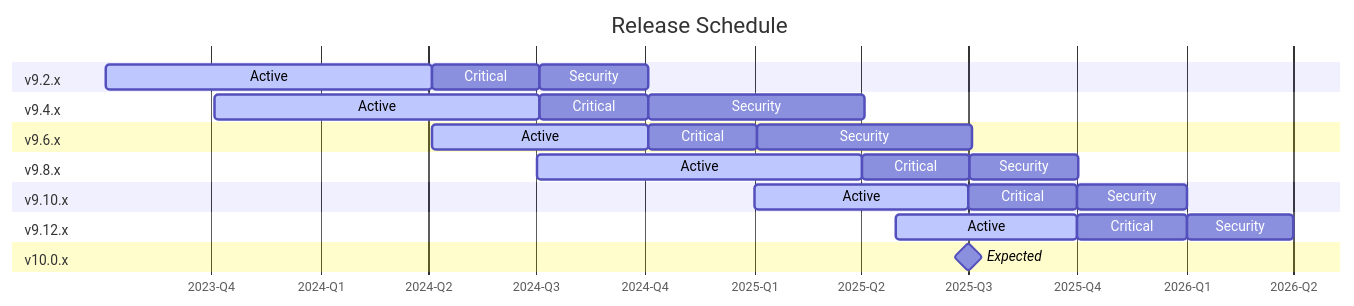
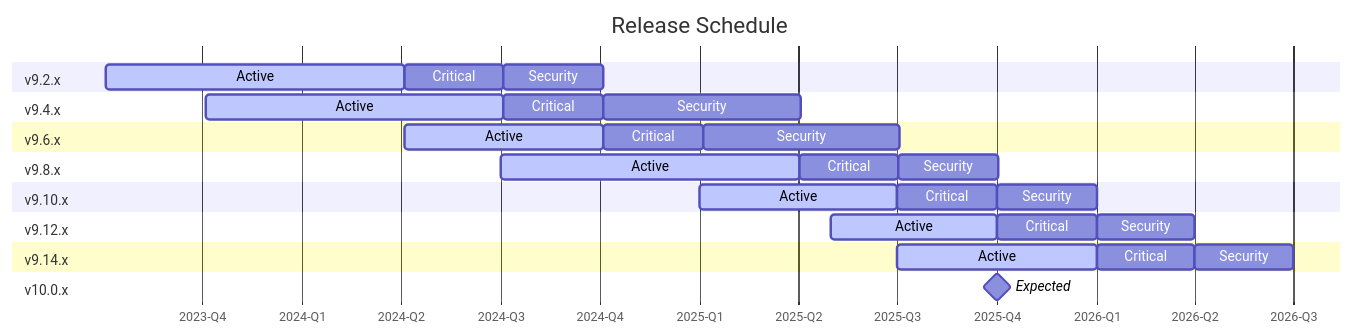
Before and after one commit to hpcc-systems/HPCC-Platform: the diagram in README.md, drawn with Mermaid. The commit also changed 1 other file, not shown here.

Commit message:
HPCC-34676 Updated supported versions following release of 9.14.0

````diff
--- a/README.md
+++ b/README.md
@@ -18,36 +18,40 @@
 ```mermaid
 ---
 displayMode: compact
 ---
 gantt
     title Release Schedule
     axisFormat %Y-Q%q
     tickInterval 3month
     dateFormat YYYY-MM-DD
     section v9.2.x
         Active:          active, 2023-07-04, 9M
         Critical:        3M
         Security:        3M
     section v9.4.x
         Active:          active, 2023-10-04, 9M
         Critical:        3M
         Security:        6M
     section v9.6.x
         Active:          active, 2024-04-04, 6M
         Critical:        3M
         Security:        6M
     section v9.8.x
         Active:          active, 2024-07-02, 9M
         Critical:        3M
         Security:        3M
     section v9.10.x
         Active:          active, 2025-01-01, 6M
         Critical:        3M
         Security:        3M
     section v9.12.x
         Active:          active, 2025-05-01, 5M
         Critical:        3M
         Security:        3M
+    section v9.14.x
+        Active:          active, 2025-07-01, 6M
+        Critical:        3M
+        Security:        3M
     section v10.0.x
-        Expected:        milestone, 2025-07-01, 0M
+        Expected:        milestone, 2025-10-01, 0M
 ```
````
